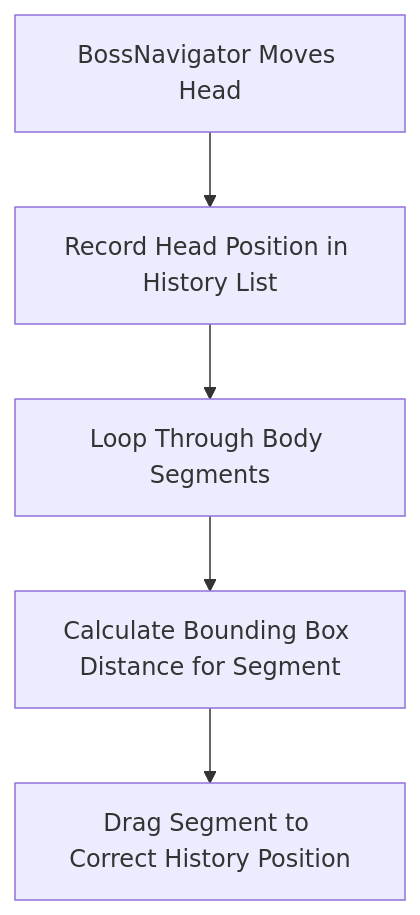
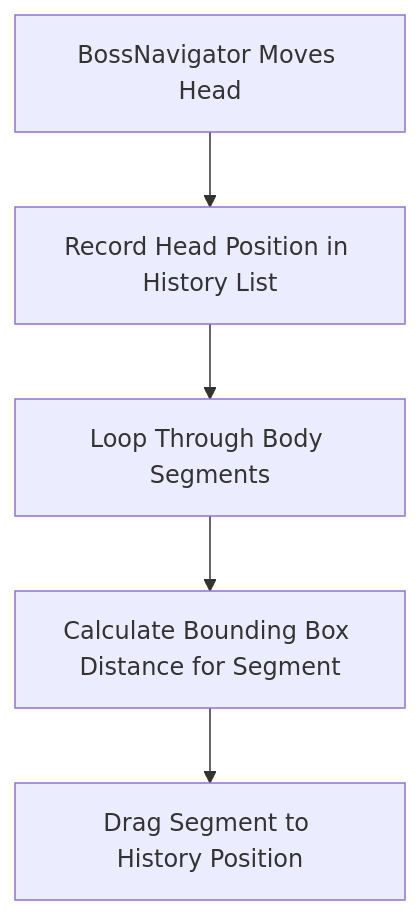
One commit to NatalieC001/ObiRopeTest changed the fourth of 4 diagrams in Dragon_Code_Overview.md. Above: the diagram before and after it, drawn with Mermaid. The commit also changed other lines of this file, not shown here.

````diff
--- a/Dragon_Code_Overview.md
+++ b/Dragon_Code_Overview.md
@@ -107,7 +107,7 @@
 ```mermaid
 graph TD
     Head[BossNavigator Moves Head] --> Record[Record Head Position in History List]
     Record --> Loop[Loop Through Body Segments]
     Loop --> Spacing[Calculate Bounding Box Distance for Segment]
-    Spacing --> Drag[Drag Segment to Correct History Position]
+    Spacing --> Drag[Drag Segment to History Position]
 ```
````
